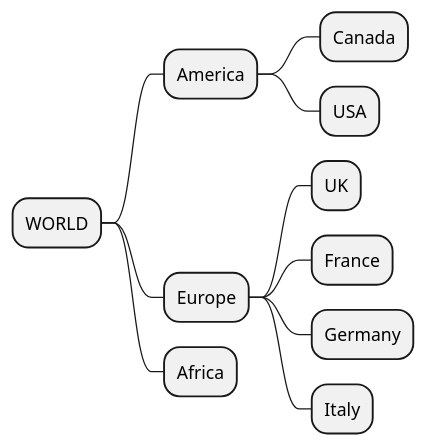
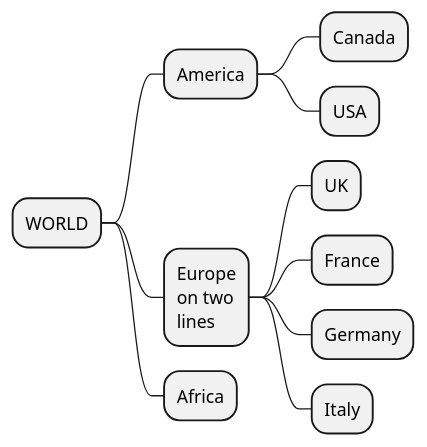
Before and after one commit to plantuml/haxe00: the diagram in example.puml, drawn with PlantUML. The commit also changed 6 other files, not shown here.

```diff
--- a/example.puml
+++ b/example.puml
@@ -1,12 +1,14 @@
 @startmindmap
 * WORLD
 ** America
 *** Canada
 *** USA
-** Europe
+**:Europe
+on two
+lines;
 *** UK
 *** France
 *** Germany
 *** Italy
 ** Africa
 @endmindmap
```
